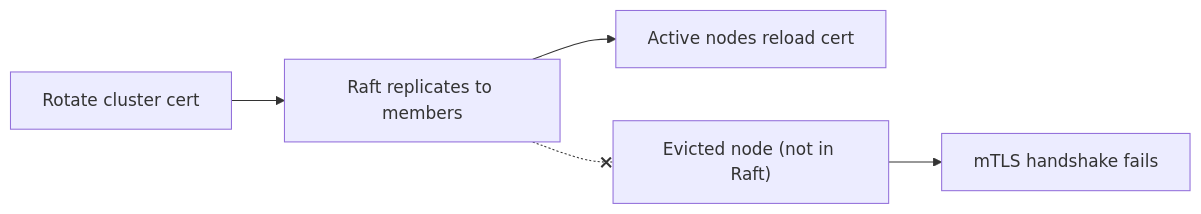
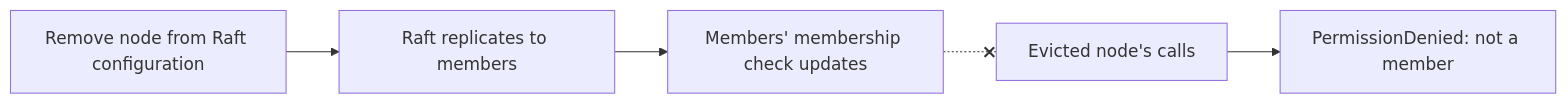
One commit to kluzzebass/gastrolog changed the fifth of 5 diagrams in docs/cluster_enrollment.md. Above: the diagram before and after it, drawn with Mermaid. The commit also changed other lines of this file and 71 other files, not shown here.

````diff
--- a/docs/cluster_enrollment.md
+++ b/docs/cluster_enrollment.md
@@ -130,7 +182,7 @@
 ```mermaid
 flowchart LR
-    Rotate["Rotate cluster cert"] --> Replicate["Raft replicates to members"]
-    Replicate --> Active["Active nodes reload cert"]
-    Replicate -.-x Evicted["Evicted node (not in Raft)"]
-    Evicted --> Rejected["mTLS handshake fails"]
+    Remove["Remove node from Raft configuration"] --> Replicate["Raft replicates to members"]
+    Replicate --> Members["Members' membership check updates"]
+    Members -.-x Evicted["Evicted node's calls"]
+    Evicted --> Rejected["PermissionDenied: not a member"]
 ```
````
